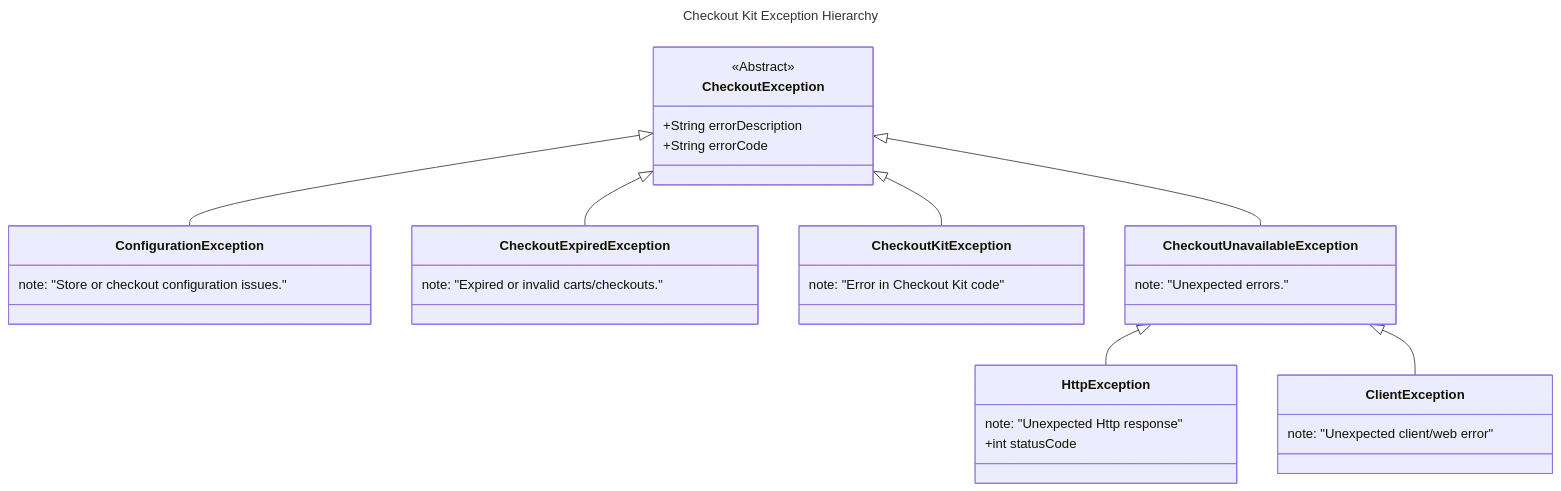
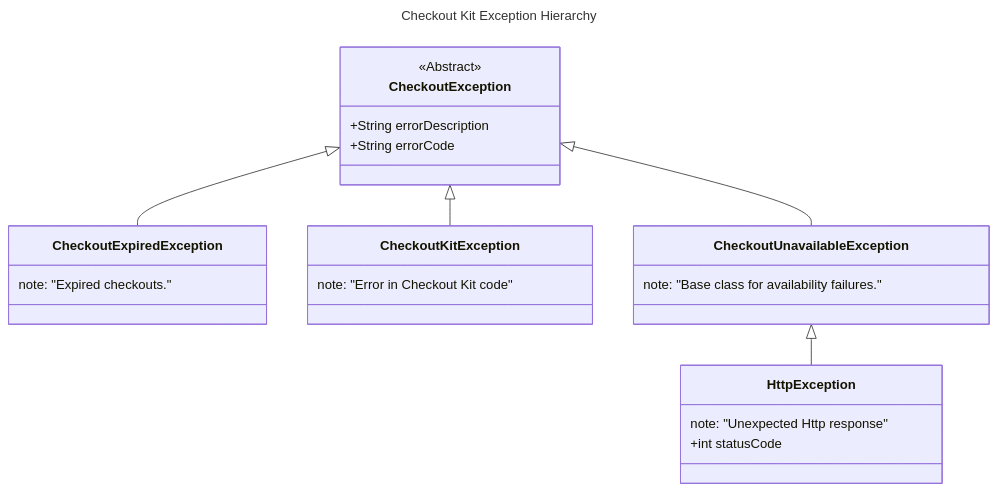
The diagram in platforms/android/README.md (Shopify/checkout-kit), drawn with Mermaid before and after one commit. The commit also changed other lines of this file and 17 other files, not shown here.

````diff
--- a/platforms/android/README.md
+++ b/platforms/android/README.md
@@ -364,35 +355,27 @@
 ```mermaid
 ---
 title: Checkout Kit Exception Hierarchy
 ---
 classDiagram
-    CheckoutException <|-- ConfigurationException
     CheckoutException <|-- CheckoutExpiredException
     CheckoutException <|-- CheckoutKitException
     CheckoutException <|-- CheckoutUnavailableException
     CheckoutUnavailableException <|-- HttpException
-    CheckoutUnavailableException <|-- ClientException
 
     <<Abstract>> CheckoutException
     CheckoutException : +String errorDescription
     CheckoutException : +String errorCode
-    class ConfigurationException{
-        note: "Store or checkout configuration issues."
-    }
     class CheckoutExpiredException{
-        note: "Expired or invalid carts/checkouts."
+        note: "Expired checkouts."
     }
     class CheckoutUnavailableException{
-        note: "Unexpected errors."
+        note: "Base class for availability failures."
     }
     class HttpException{
         note: "Unexpected Http response"
         +int statusCode
     }
-    class ClientException{
-        note: "Unexpected client/web error"
-    }
     class CheckoutKitException{
         note: "Error in Checkout Kit code"
     }
 ```
````
